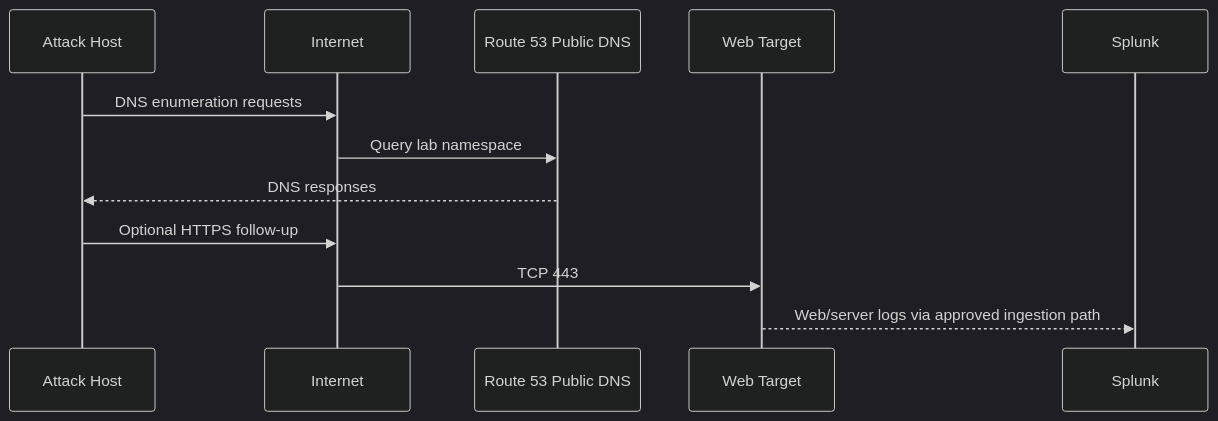
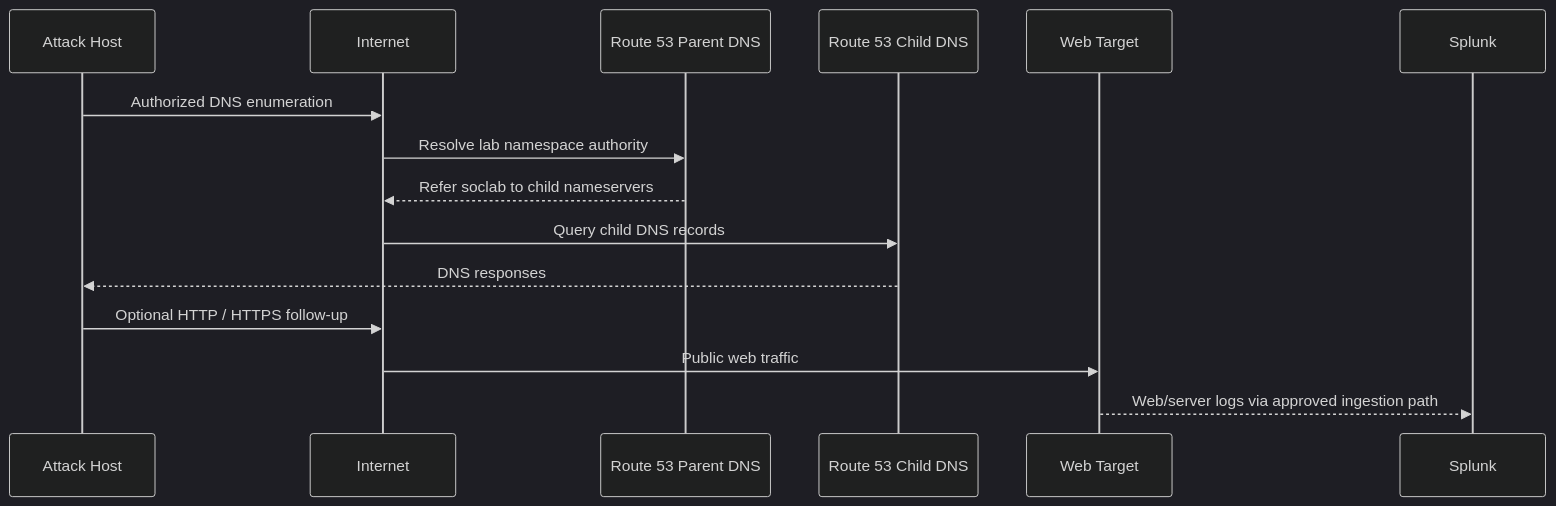
One commit to DNS-SOC-Lab/DNS-Lab-Infrastructure changed the second of 3 diagrams in 01-network-architecture/traffic-flow.md. Above: the diagram before and after it, drawn with Mermaid (dark theme). The commit also changed other lines of this file and 2 other files, not shown here.

Commit message:
docs(network): map the public DNS path

````diff
--- a/01-network-architecture/traffic-flow.md
+++ b/01-network-architecture/traffic-flow.md
@@ -7,15 +25,18 @@
 ```mermaid
 sequenceDiagram
     participant A as Attack Host
     participant I as Internet
-    participant R as Route 53 Public DNS
+    participant P as Route 53 Parent DNS
+    participant C as Route 53 Child DNS
     participant W as Web Target
     participant S as Splunk
 
-    A->>I: DNS enumeration requests
-    I->>R: Query lab namespace
-    R-->>A: DNS responses
-    A->>I: Optional HTTPS follow-up
-    I->>W: TCP 443
+    A->>I: Authorized DNS enumeration
+    I->>P: Resolve lab namespace authority
+    P-->>I: Refer soclab to child nameservers
+    I->>C: Query child DNS records
+    C-->>A: DNS responses
+    A->>I: Optional HTTP / HTTPS follow-up
+    I->>W: Public web traffic
     W-->>S: Web/server logs via approved ingestion path
 ```
````
